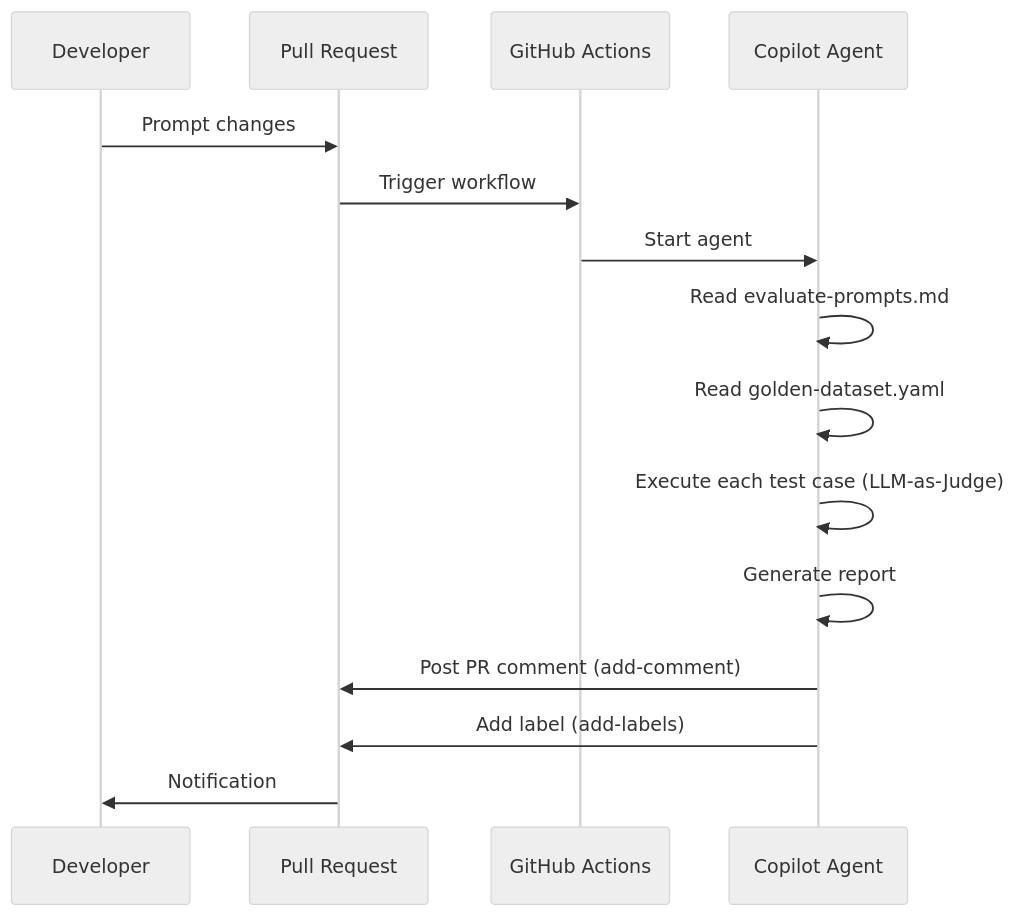
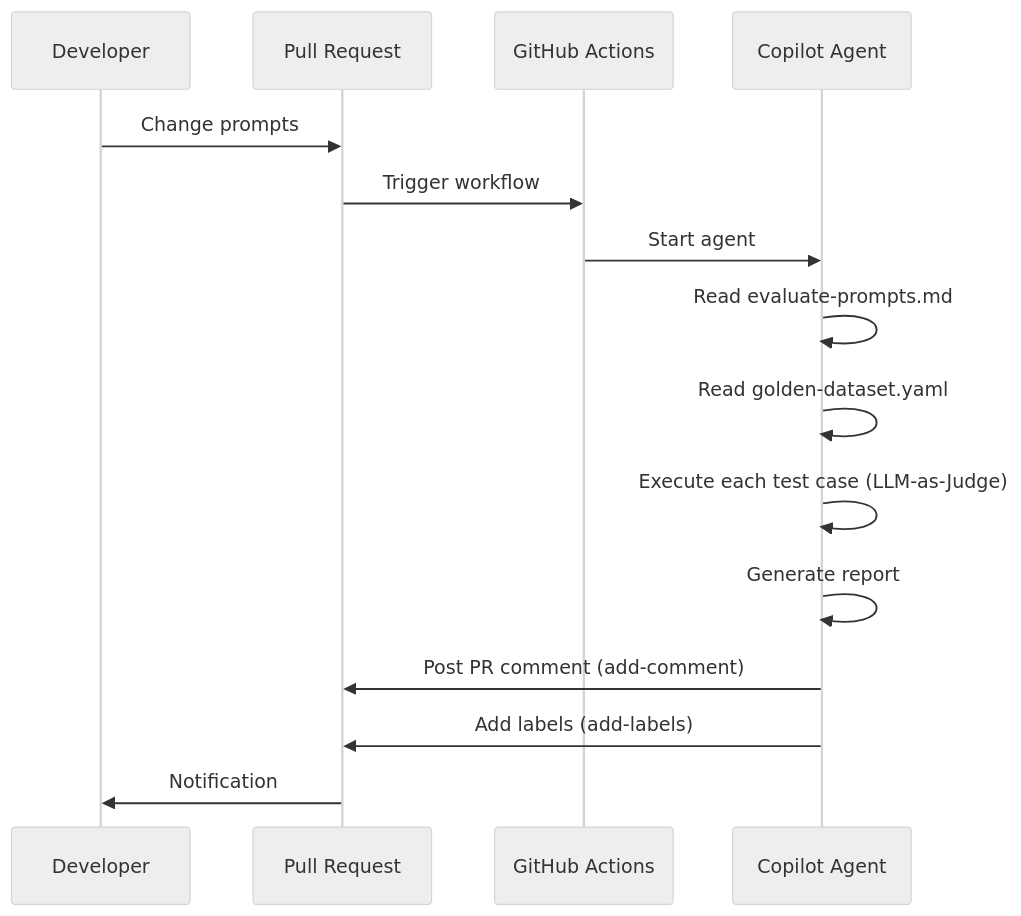
Before and after one commit to bmf-san/bmf-tech: the diagram in content/en/posts/github-agentic-workflow-llm-prompt-management.md, drawn with Mermaid (neutral theme). The commit also changed other lines of this file and 425 other files, not shown here.

````diff
--- a/content/en/posts/github-agentic-workflow-llm-prompt-management.md
+++ b/content/en/posts/github-agentic-workflow-llm-prompt-management.md
@@ -169,18 +171,18 @@
 ```mermaid
 sequenceDiagram
     participant Dev as Developer
     participant PR as Pull Request
     participant GHA as GitHub Actions
     participant Agent as Copilot Agent
 
-    Dev->>PR: Prompt changes
+    Dev->>PR: Change prompts
     PR->>GHA: Trigger workflow
     GHA->>Agent: Start agent
     Agent->>Agent: Read evaluate-prompts.md
     Agent->>Agent: Read golden-dataset.yaml
     Agent->>Agent: Execute each test case (LLM-as-Judge)
     Agent->>Agent: Generate report
     Agent->>PR: Post PR comment (add-comment)
-    Agent->>PR: Add label (add-labels)
+    Agent->>PR: Add labels (add-labels)
     PR->>Dev: Notification
 ```
````
